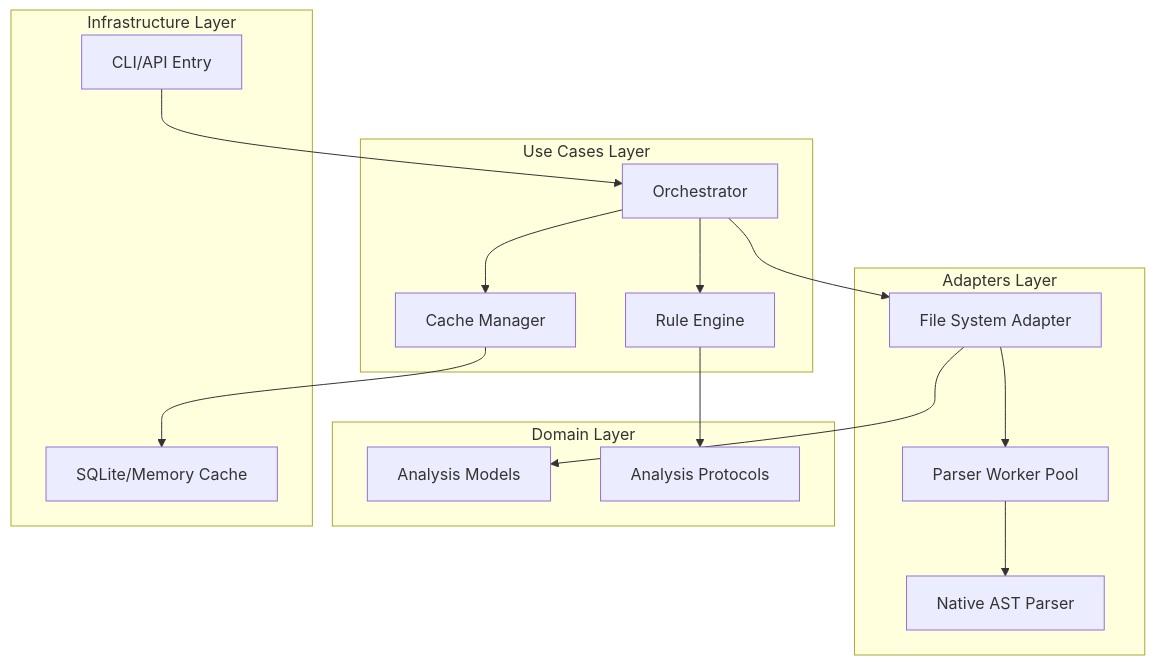
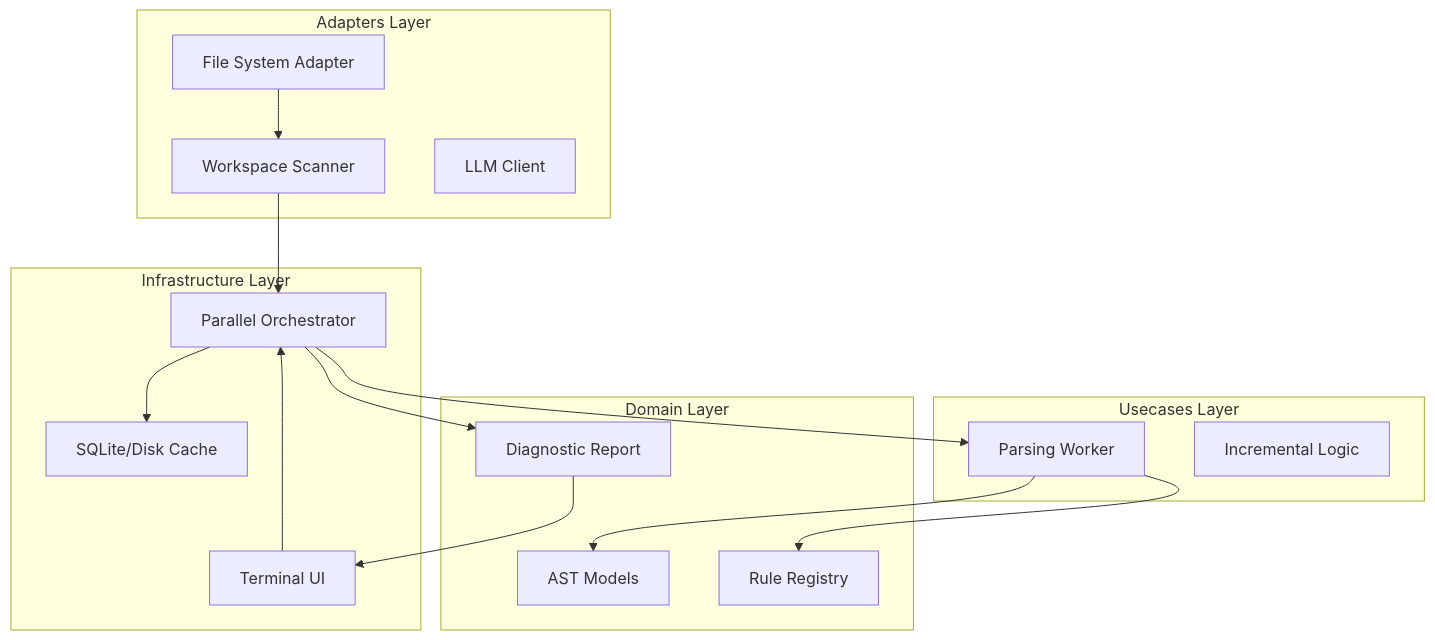
The diagram in specs/F0a-high-performance-ast-parsing-engine-ef355f54/design.md (davidlapsleyio/shipkode-python-linting-cli-utility), drawn with Mermaid before and after one commit. The commit also changed other lines of this file and 21 other files, not shown here.

````diff
--- a/specs/F0a-high-performance-ast-parsing-engine-ef355f54/design.md
+++ b/specs/F0a-high-performance-ast-parsing-engine-ef355f54/design.md
@@ -25,31 +23,32 @@
 ```mermaid
 graph TD
     subgraph "Adapters Layer"
-        FS[File System Adapter] --> W[Parser Worker Pool]
-        W --> AST[Native AST Parser]
+        FS[File System Adapter] --> W[Workspace Scanner]
+        LC[LLM Client]
+    end
+
+    subgraph "Infrastructure Layer"
+        CLI[Terminal UI] --> Orchestrator
+        Cache[SQLite/Disk Cache]
+    end
+
+    subgraph "Usecases Layer"
+        Orchestrator[Parallel Orchestrator]
+        Worker[Parsing Worker]
+        Incremental[Incremental Logic]
     end
 
     subgraph "Domain Layer"
-        M[Analysis Models]
-        P[Analysis Protocols]
+        AST[AST Models]
+        Diagnostic[Diagnostic Report]
+        Registry[Rule Registry]
     end
 
-    subgraph "Use Cases Layer"
-        O[Orchestrator]
-        R[Rule Engine]
-        C[Cache Manager]
-    end
-
-    subgraph "Infrastructure Layer"
-        API[CLI/API Entry]
-        DB[SQLite/Memory Cache]
-    end
-
-    API --> O
-    O --> C
-    O --> FS
-    O --> R
-    R --> P
-    C --> DB
-    FS --> M
+    W --> Orchestrator
+    Orchestrator --> Worker
+    Worker --> Registry
+    Worker --> AST
+    Orchestrator --> Cache
+    Orchestrator --> Diagnostic
+    Diagnostic --> CLI
 ```
````
